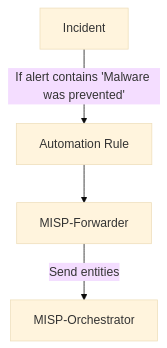
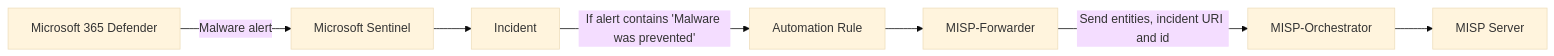
One commit to Azure/Azure-Sentinel changed the diagram in Playbooks/2S-Sentinel2MISP/README.MD. Above: the diagram before and after it, drawn with Mermaid (base theme). The commit also changed other lines of this file, not shown here.

````diff
--- a/Playbooks/2S-Sentinel2MISP/README.MD
+++ b/Playbooks/2S-Sentinel2MISP/README.MD
@@ -18,7 +9,9 @@
 ```mermaid
-flowchart TD
-    INC[Incident]    
+flowchart LR
+    A[Microsoft 365 Defender] -->|Malware alert| B[Microsoft Sentinel]
+    B --> INC[Incident]
     INC --> |If alert contains 'Malware was prevented'| AR[Automation Rule]
     AR --> PB[MISP-Forwarder]
-    PB --> |Send entities|PB2[MISP-Orchestrator]
+    PB --> |Send entities, incident URI and id|PB2[MISP-Orchestrator]
+    PB2 --> MISP[MISP Server]
 ```
````
